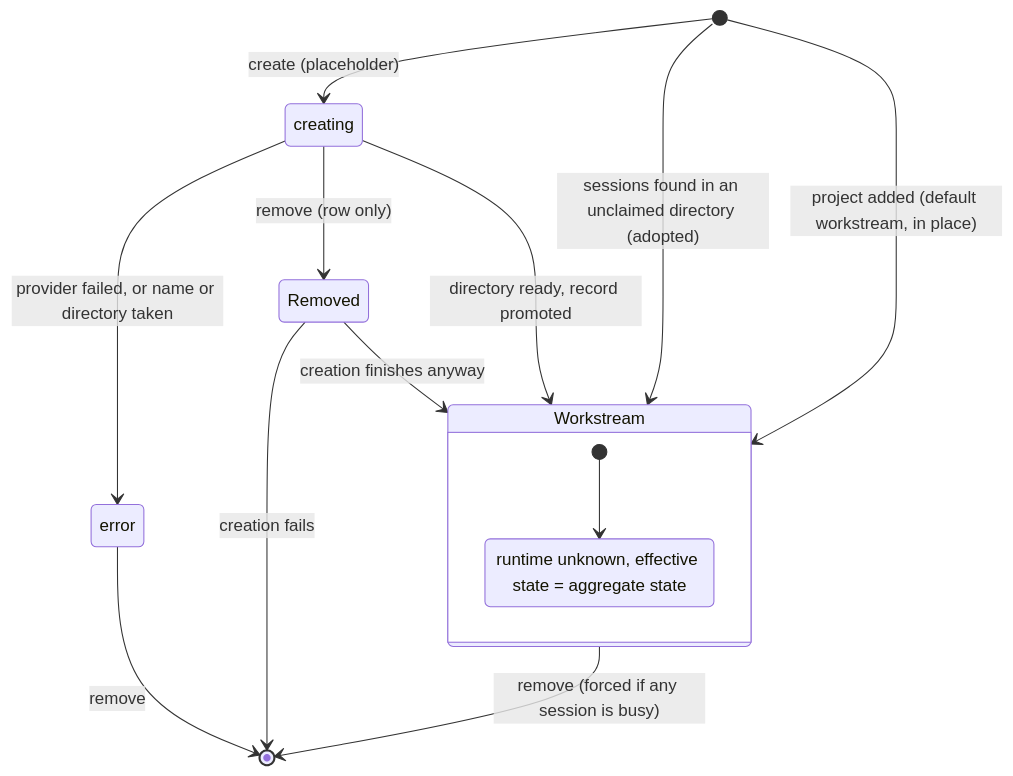
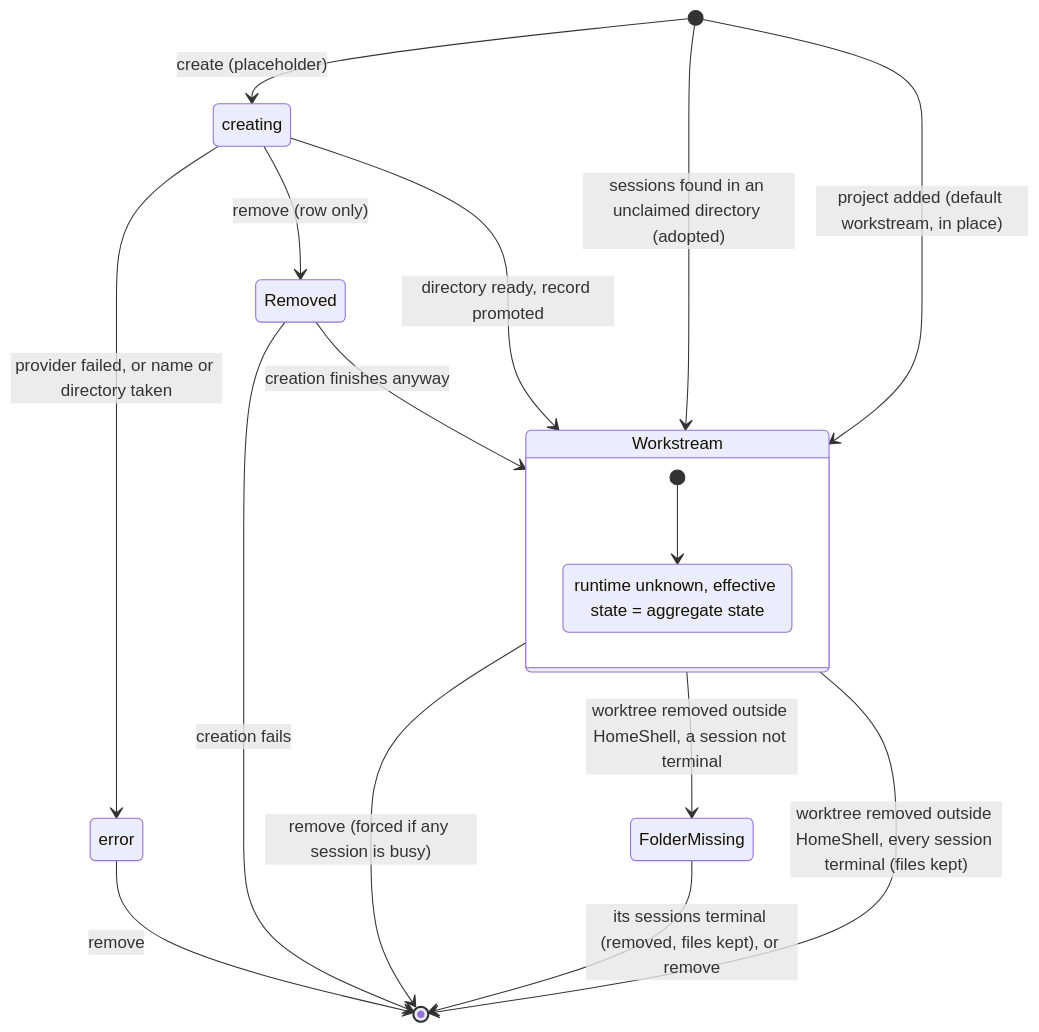
Before and after one commit to eclipse-enclave/homeshell: the third of 5 diagrams in docs/ARCHITECTURE.md, drawn with Mermaid. The commit also changed other lines of this file and 64 other files, not shown here.

First line of the commit message:
feat: Suggest worktrees made outside HomeShell as workstreams (#7)

````diff
--- a/docs/ARCHITECTURE.md
+++ b/docs/ARCHITECTURE.md
@@ -197,19 +197,22 @@
 ```mermaid
 stateDiagram-v2
     [*] --> creating: create (placeholder)
     creating --> Workstream: directory ready, record promoted
     creating --> error: provider failed, or name or directory taken
     [*] --> Workstream: sessions found in an unclaimed directory (adopted)
     [*] --> Workstream: project added (default workstream, in place)
 
     state Workstream {
         [*] --> unknown
         unknown: runtime unknown, effective state = aggregate state
     }
 
     error --> [*]: remove
     creating --> Removed: remove (row only)
     Removed --> Workstream: creation finishes anyway
     Removed --> [*]: creation fails
     Workstream --> [*]: remove (forced if any session is busy)
+    Workstream --> FolderMissing: worktree removed outside HomeShell, a session not terminal
+    FolderMissing --> [*]: its sessions terminal (removed, files kept), or remove
+    Workstream --> [*]: worktree removed outside HomeShell, every session terminal (files kept)
 ```
````
